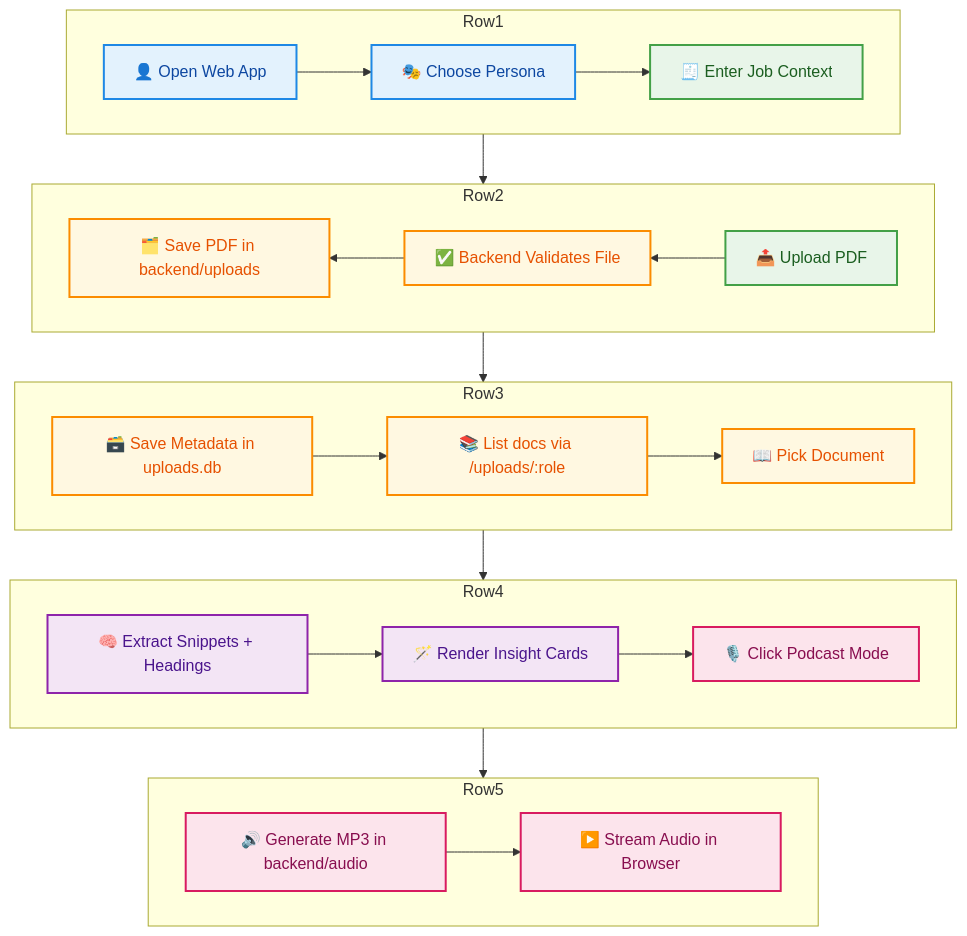
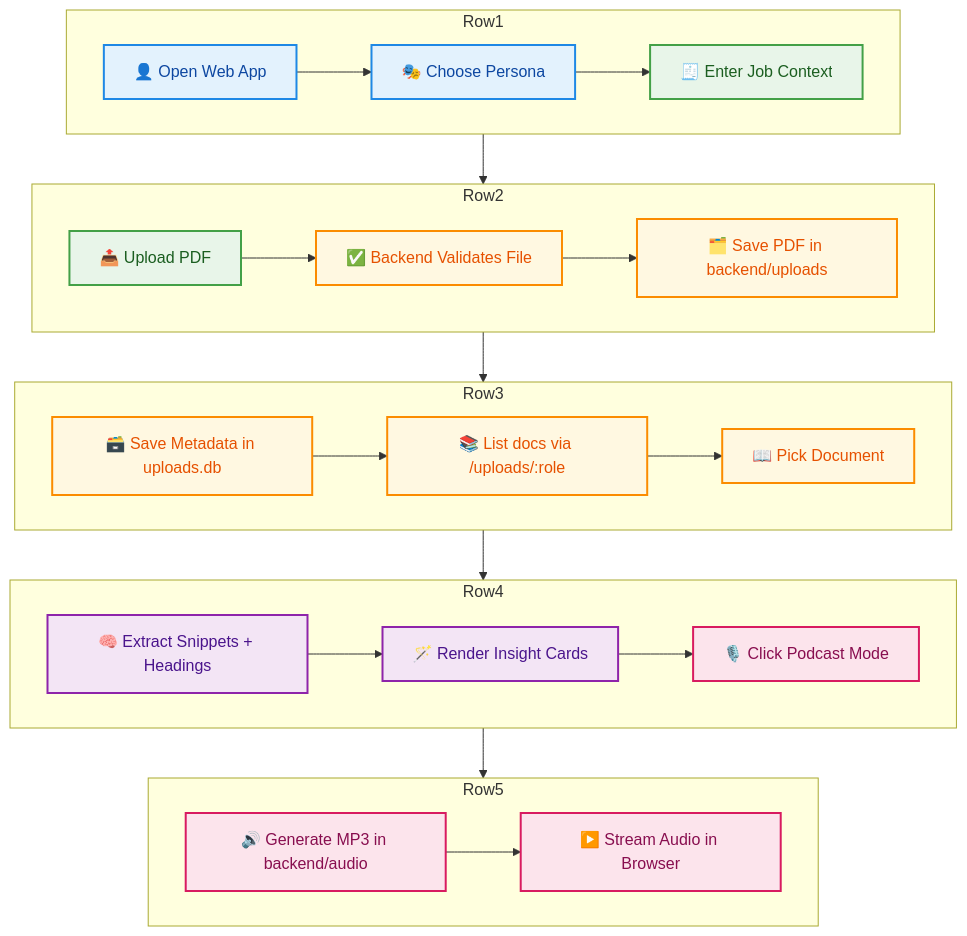
One commit to Ankitarai27/Adobe-Hackathon-2025 changed the first of 5 diagrams in README.md. Above: the diagram before and after it, drawn with Mermaid.

Commit message:
Change flow direction from RL to LR in diagram

````diff
--- a/README.md
+++ b/README.md
@@ -65,48 +65,48 @@
 ```mermaid
 flowchart TB
 
     subgraph Row1
     direction LR
     A[👤 Open Web App] --> B[🎭 Choose Persona] --> C[🧾 Enter Job Context]
     end
 
     subgraph Row2
-    direction RL
+    direction LR
     D[📤 Upload PDF] --> E[✅ Backend Validates File] --> F[🗂️ Save PDF in backend/uploads]
     end
 
     C --> D
 
     subgraph Row3
     direction LR
     G[🗃️ Save Metadata in uploads.db] --> H[📚 List docs via /uploads/:role] --> I[📖 Pick Document]
     end
 
     F --> G
 
     subgraph Row4
     direction LR
     J[🧠 Extract Snippets + Headings] --> K[🪄 Render Insight Cards] --> L[🎙️ Click Podcast Mode]
     end
 
     I --> J
 
     subgraph Row5
     direction LR
     M[🔊 Generate MP3 in backend/audio] --> N[▶️ Stream Audio in Browser]
     end
 
     L --> M
 
     classDef user fill:#E3F2FD,stroke:#1E88E5,color:#0D47A1,stroke-width:2px;
     classDef input fill:#E8F5E9,stroke:#43A047,color:#1B5E20,stroke-width:2px;
     classDef backend fill:#FFF8E1,stroke:#FB8C00,color:#E65100,stroke-width:2px;
     classDef insight fill:#F3E5F5,stroke:#8E24AA,color:#4A148C,stroke-width:2px;
     classDef audio fill:#FCE4EC,stroke:#D81B60,color:#880E4F,stroke-width:2px;
 
     class A,B user;
     class C,D input;
     class E,F,G,H,I backend;
     class J,K insight;
     class L,M,N audio;
 ```
````
